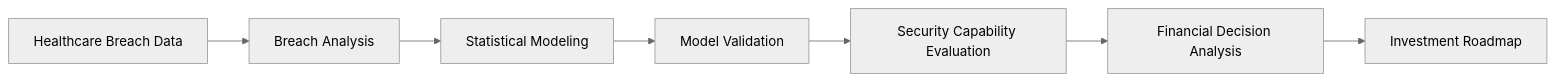
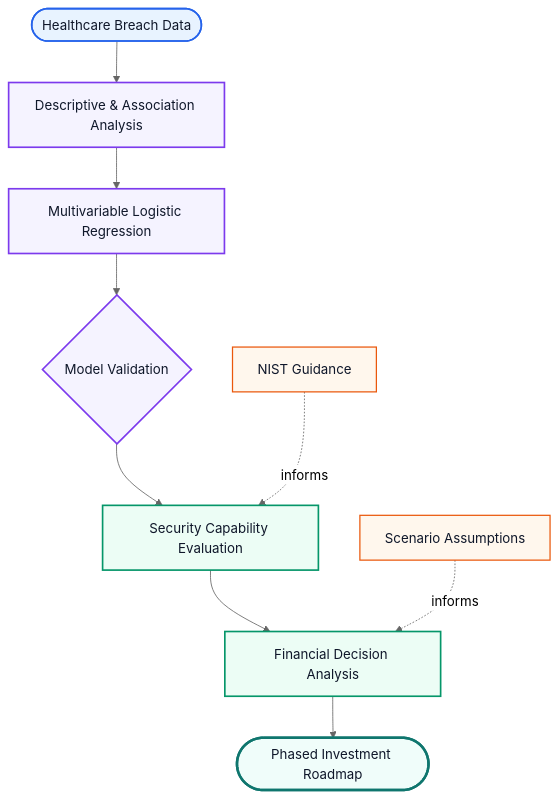
One commit to rachelletecharchitect01-star/security-architecture-capstone changed the diagram in README.md. Above: the diagram before and after it, drawn with Mermaid (neutral theme). The commit also changed other lines of this file, not shown here.

Commit message:
Improve research approach Mermaid diagram

````diff
--- a/README.md
+++ b/README.md
@@ -31,9 +31,24 @@
 ```mermaid
-flowchart LR
-    A[Healthcare Breach Data] --> B[Breach Analysis]
-    B --> C[Statistical Modeling]
-    C --> D[Model Validation]
+flowchart TB
+    A([Healthcare Breach Data]) --> B[Descriptive & Association Analysis]
+    B --> C[Multivariable Logistic Regression]
+    C --> D{Model Validation}
     D --> E[Security Capability Evaluation]
     E --> F[Financial Decision Analysis]
-    F --> G[Investment Roadmap]
+    F --> G([Phased Investment Roadmap])
+
+    N[NIST Guidance] -. informs .-> E
+    S[Scenario Assumptions] -. informs .-> F
+
+    classDef source fill:#E8F3FF,stroke:#2563EB,stroke-width:2px,color:#0F172A;
+    classDef analysis fill:#F5F3FF,stroke:#7C3AED,stroke-width:2px,color:#0F172A;
+    classDef decision fill:#ECFDF5,stroke:#059669,stroke-width:2px,color:#0F172A;
+    classDef support fill:#FFF7ED,stroke:#EA580C,stroke-width:1.5px,color:#0F172A;
+    classDef outcome fill:#F0FDFA,stroke:#0F766E,stroke-width:3px,color:#0F172A;
+
+    class A source;
+    class B,C,D analysis;
+    class E,F decision;
+    class N,S support;
+    class G outcome;
 ```
````
